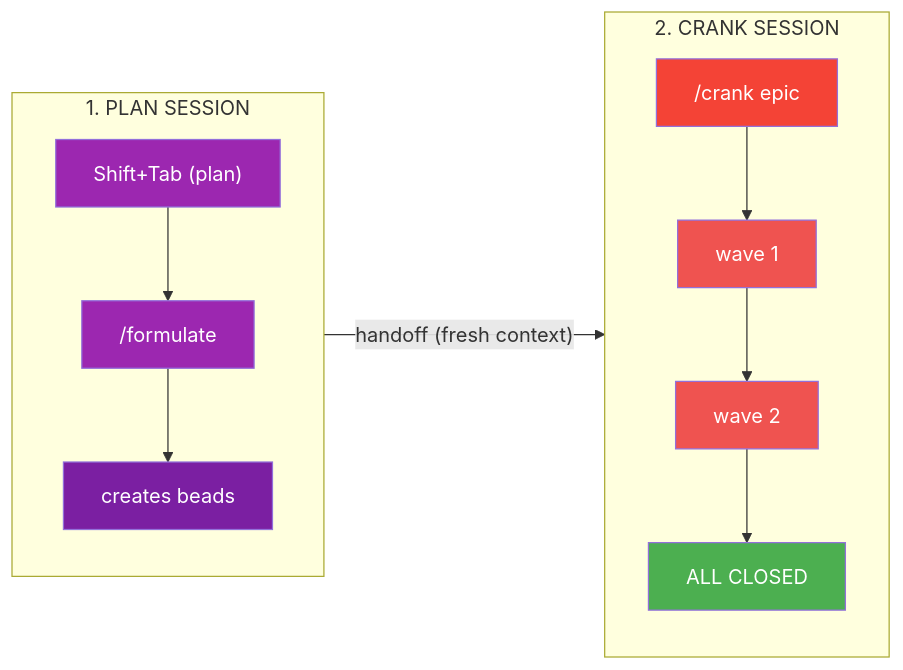
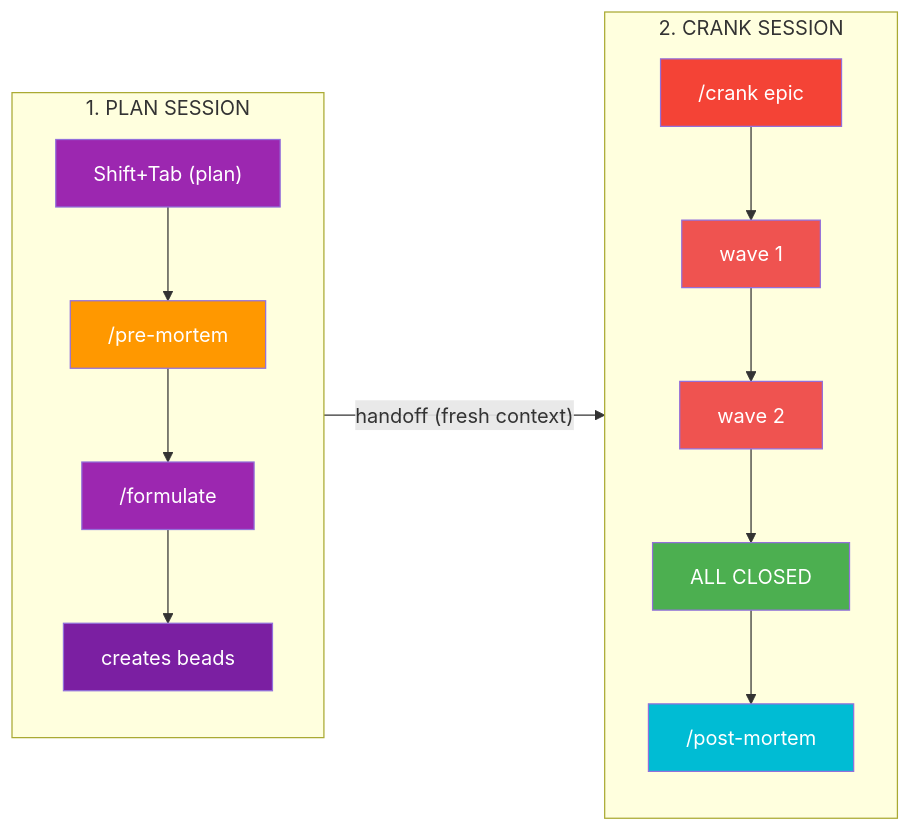
One commit to rev044/agentops changed the second of 3 diagrams in README.md. Above: the diagram before and after it, drawn with Mermaid. The commit also changed other lines of this file, not shown here.

First line of the commit message:
fix: add pre-mortem and post-mortem to workflow diagrams

````diff
--- a/README.md
+++ b/README.md
@@ -83,21 +95,25 @@
 ```mermaid
 flowchart LR
     subgraph Plan["1. PLAN SESSION"]
-        A["Shift+Tab (plan)"] --> B["/formulate"]
+        A["Shift+Tab (plan)"] --> PRE["/pre-mortem"]
+        PRE --> B["/formulate"]
         B --> C["creates beads"]
     end
     subgraph Crank["2. CRANK SESSION"]
         D["/crank epic"] --> E["wave 1"]
         E --> F["wave 2"]
         F --> G["ALL CLOSED"]
+        G --> POST["/post-mortem"]
     end
     Plan -->|"handoff (fresh context)"| Crank
 
     style A fill:#9C27B0,color:#fff
+    style PRE fill:#FF9800,color:#fff
     style B fill:#9C27B0,color:#fff
     style C fill:#7B1FA2,color:#fff
     style D fill:#F44336,color:#fff
     style E fill:#EF5350,color:#fff
     style F fill:#EF5350,color:#fff
     style G fill:#4CAF50,color:#fff
+    style POST fill:#00BCD4,color:#fff
 ```
````
